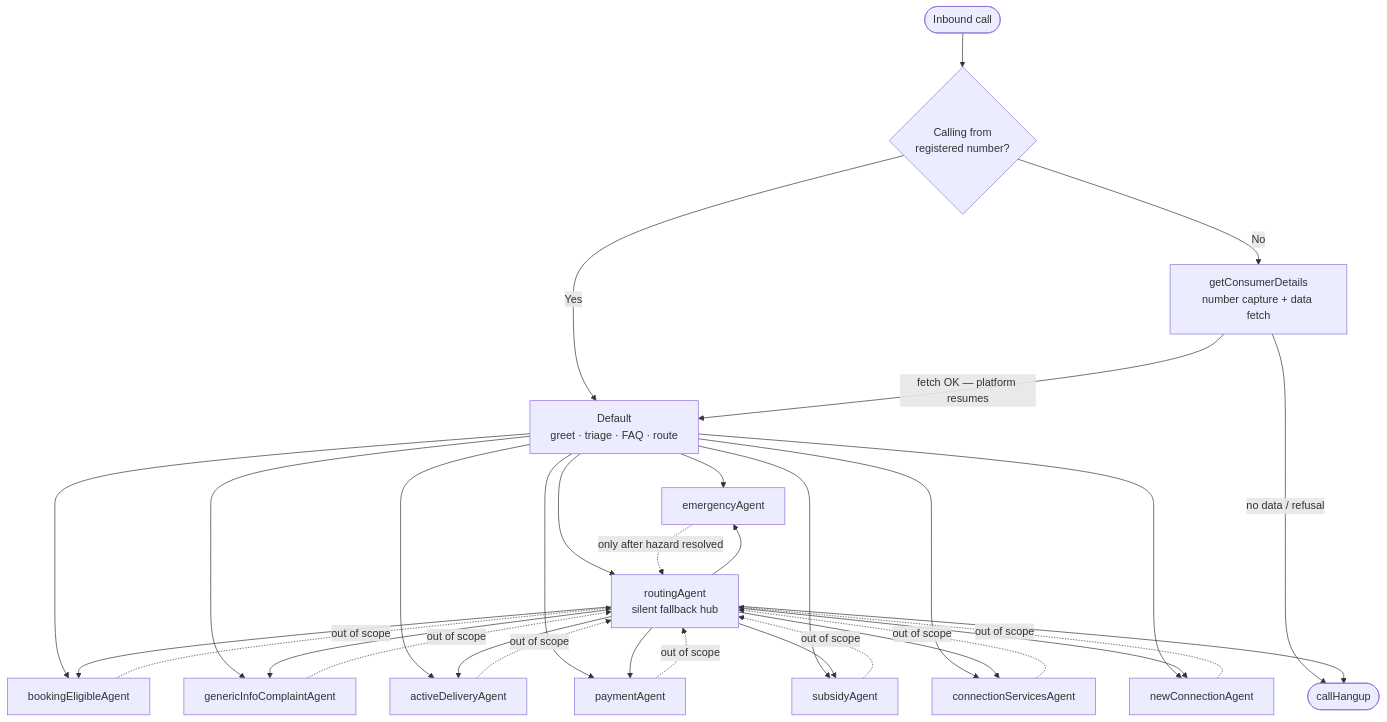
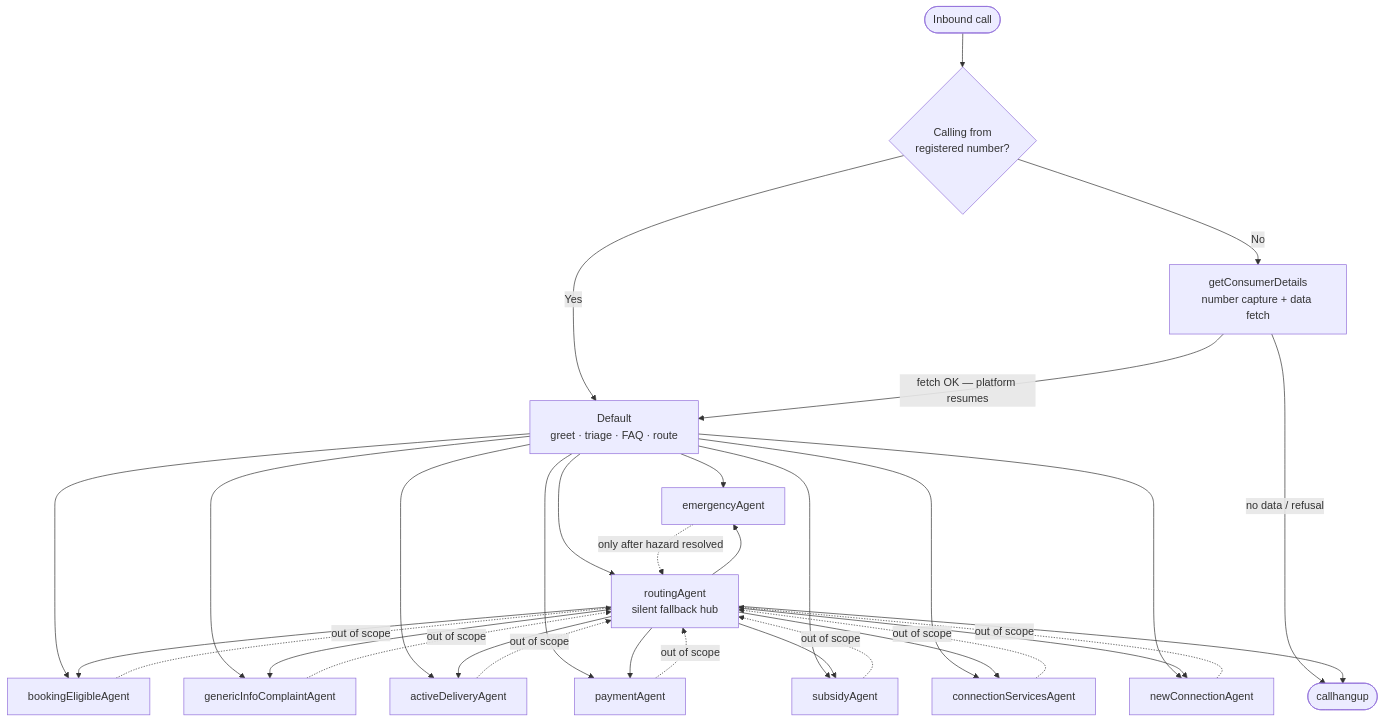
Before and after one commit to vijay-vo/vo_prompts: the diagram in bpcl_showroom_crc/docs/agent-workflow.md, drawn with Mermaid. The commit also changed other lines of this file and 40 other files, not shown here.

First line of the commit message:
Rename callHangup to callhangup across both channels

````diff
--- a/bpcl_showroom_crc/docs/agent-workflow.md
+++ b/bpcl_showroom_crc/docs/agent-workflow.md
@@ -11,39 +11,39 @@
 ```mermaid
 graph TD
     START([Inbound call]) --> REG{Calling from<br/>registered number?}
 
     REG -->|No| GCD[getConsumerDetails<br/>number capture + data fetch]
     REG -->|Yes| DEF
 
     GCD -->|fetch OK — platform resumes| DEF[Default<br/>greet · triage · FAQ · route]
-    GCD -->|no data / refusal| HANG([callHangup])
+    GCD -->|no data / refusal| HANG([callhangup])
 
     DEF --> EMG[emergencyAgent]
     DEF --> BOOK[bookingEligibleAgent]
     DEF --> GIC[genericInfoComplaintAgent]
     DEF --> ADEL[activeDeliveryAgent]
     DEF --> PAY[paymentAgent]
     DEF --> SUB[subsidyAgent]
     DEF --> CONN[connectionServicesAgent]
     DEF --> NEW[newConnectionAgent]
     DEF --> ROUTE[routingAgent<br/>silent fallback hub]
 
     ROUTE --> EMG
     ROUTE --> BOOK
     ROUTE --> GIC
     ROUTE --> ADEL
     ROUTE --> PAY
     ROUTE --> SUB
     ROUTE --> CONN
     ROUTE --> NEW
     ROUTE --> HANG
 
     BOOK -.out of scope.-> ROUTE
     GIC -.out of scope.-> ROUTE
     ADEL -.out of scope.-> ROUTE
     PAY -.out of scope.-> ROUTE
     SUB -.out of scope.-> ROUTE
     CONN -.out of scope.-> ROUTE
     NEW -.out of scope.-> ROUTE
     EMG -.only after hazard resolved.-> ROUTE
 ```
````
